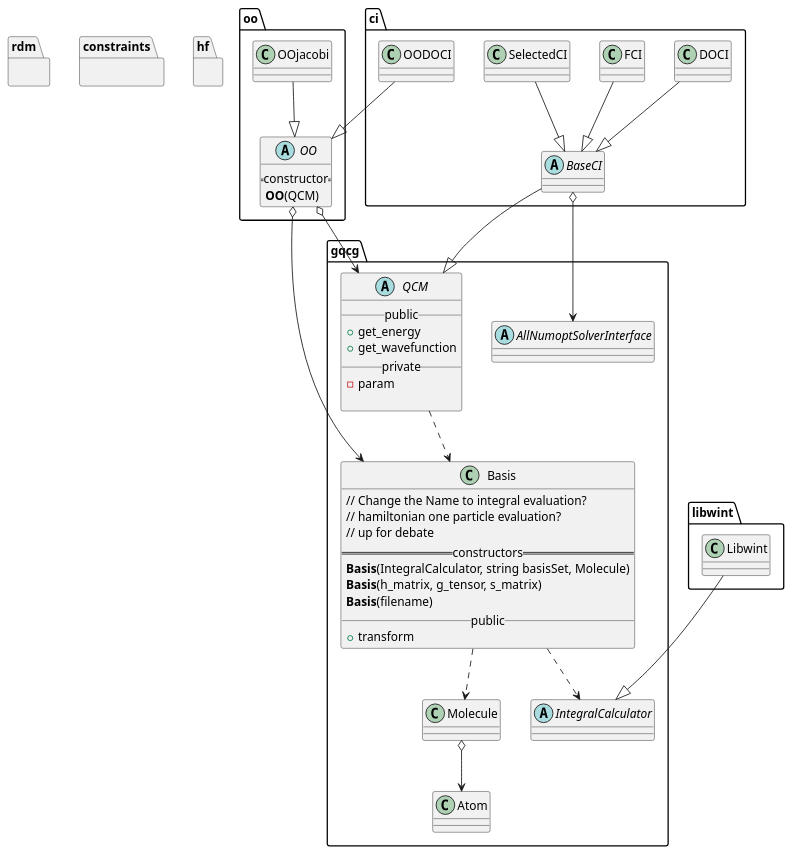
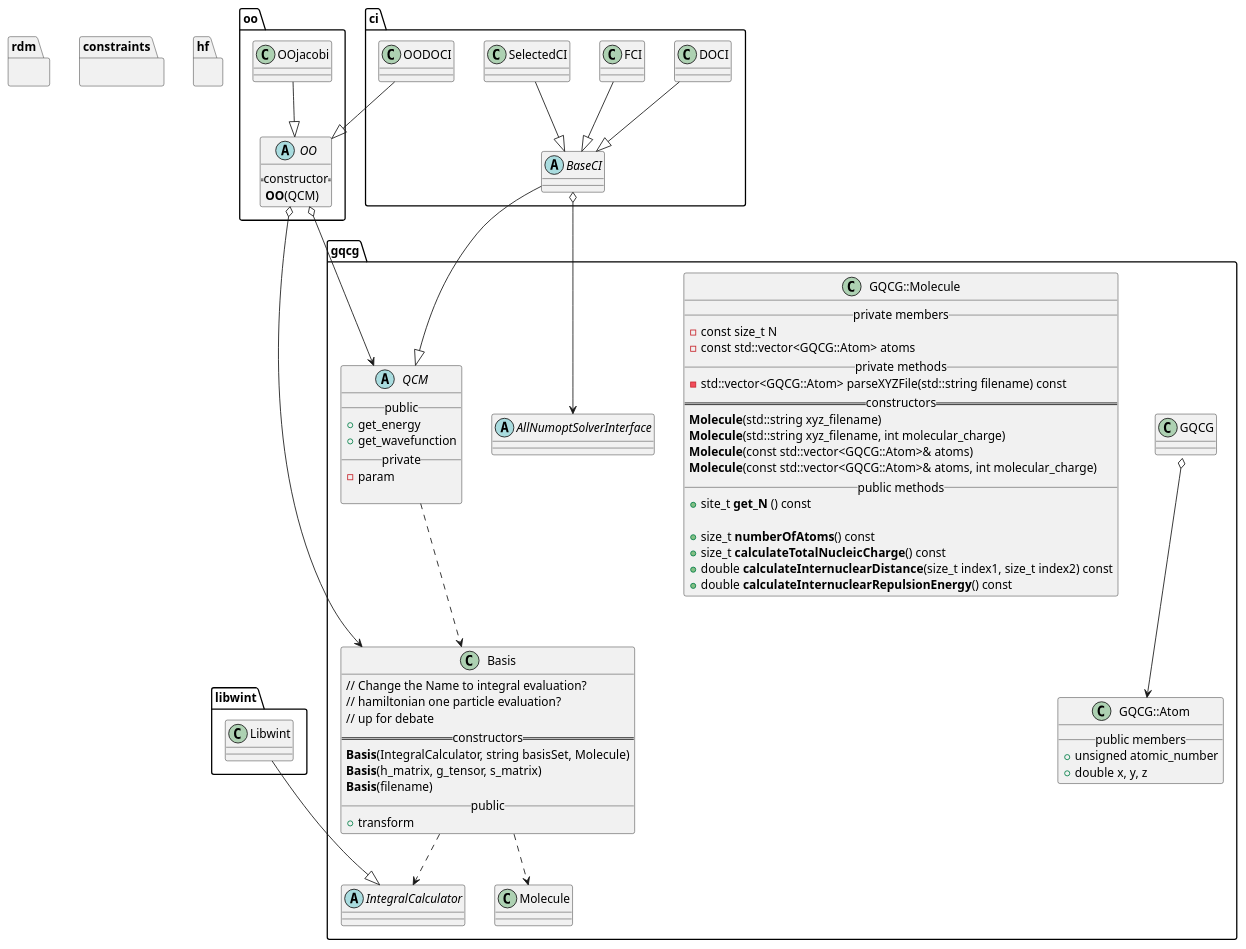
Before and after one commit to GQCG/GQCP: the diagram in docs/gqcg.puml, drawn with PlantUML. The commit also changed 16 other files, not shown here.

Commit message:
Set up GQCG::Atom and GQCG::Molecule.

```diff
--- a/docs/gqcg.puml
+++ b/docs/gqcg.puml
@@ -1,85 +1,110 @@
 @startuml
 
 namespace gqcg {
 
-    class Atom
-    class Molecule
+    class GQCG::Atom {
+        __ public members __
+            + unsigned atomic_number
+            + double x, y, z
+    }
+
+    GQCG::Molecule o--> GQCG::Atom
+    class GQCG::Molecule {
+        __ private members __
+            - const size_t N
+            - const std::vector<GQCG::Atom> atoms
+        __ private methods __
+            - std::vector<GQCG::Atom> parseXYZFile(std::string filename) const
+        == constructors ==
+            **Molecule**(std::string xyz_filename)
+            **Molecule**(std::string xyz_filename, int molecular_charge)
+            **Molecule**(const std::vector<GQCG::Atom>& atoms)
+            **Molecule**(const std::vector<GQCG::Atom>& atoms, int molecular_charge)
+        __ public methods __
+            + site_t **get_N** () const
+
+            + size_t **numberOfAtoms**() const
+            + size_t **calculateTotalNucleicCharge**() const
+            + double **calculateInternuclearDistance**(size_t index1, size_t index2) const
+            + double **calculateInternuclearRepulsionEnergy**() const
+    }
+
     abstract class IntegralCalculator
     class Basis {
         // Change the Name to integral evaluation?
         // hamiltonian one particle evaluation?
         // up for debate
         == constructors ==
            **Basis**(IntegralCalculator, string basisSet, Molecule)
            **Basis**(h_matrix, g_tensor, s_matrix)
            **Basis**(filename)
         __public__
            +transform
    }
 
     abstract class QCM {
         __public__
         +get_energy
         +get_wavefunction
         __private__
         -param
 
     }
 
     abstract AllNumoptSolverInterface
 
     gqcg.Basis ..> gqcg.IntegralCalculator
     gqcg.Basis ..> gqcg.Molecule
-    gqcg.Molecule o--> gqcg.Atom
+
     gqcg.QCM ..> gqcg.Basis
 
 
 
 }
 
 namespace libwint {
     class Libwint
 }
 
 libwint.Libwint --|> gqcg.IntegralCalculator
 
 namespace oo {
     abstract class OO {
         ==constructor==
          **OO**(QCM)
     }
     class OOjacobi {
 
     }
 }
 
 
 oo.OO o--> gqcg.QCM
 oo.OO o--> gqcg.Basis
 oo.OOjacobi --|> oo.OO
 
 namespace ci {
     abstract class BaseCI
     class DOCI
     class FCI
     class OODOCI
     class SelectedCI
 }
 
 ci.BaseCI --|> gqcg.QCM
 ci.OODOCI --|> oo.OO
 ci.DOCI --|> ci.BaseCI
 ci.FCI --|> ci.BaseCI
 ci.SelectedCI --|> ci.BaseCI
 ci.BaseCI o--> gqcg.AllNumoptSolverInterface
 
 namespace rdm {
 }
 namespace constraints {
 }
 
 namespace hf {
 }
 
 
 @enduml
```
